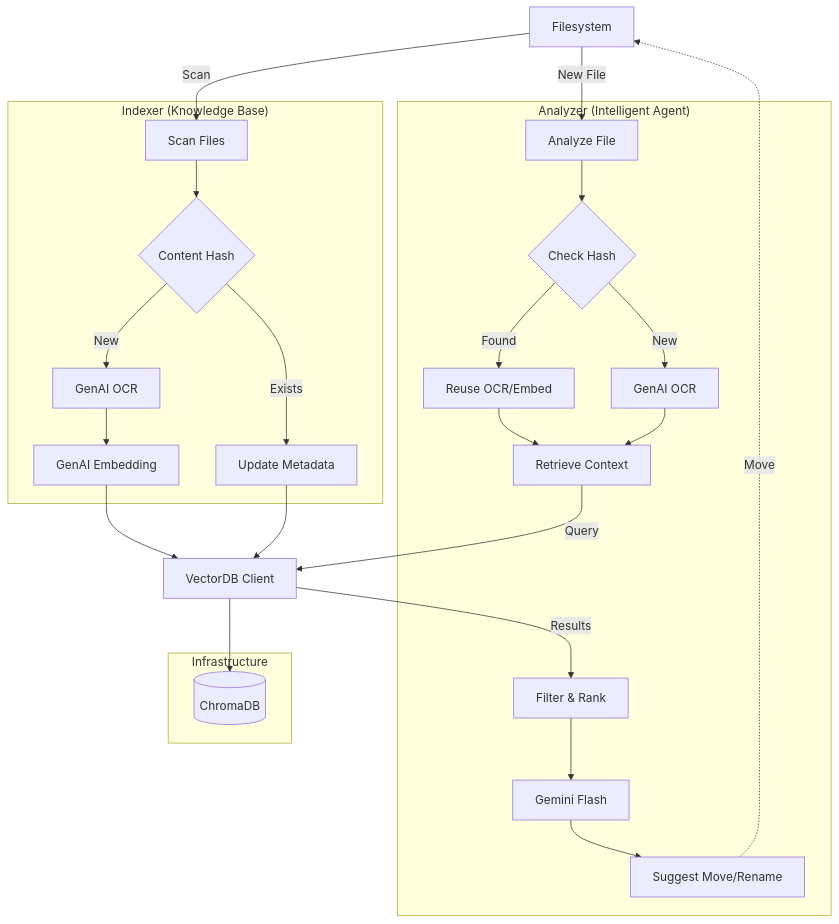
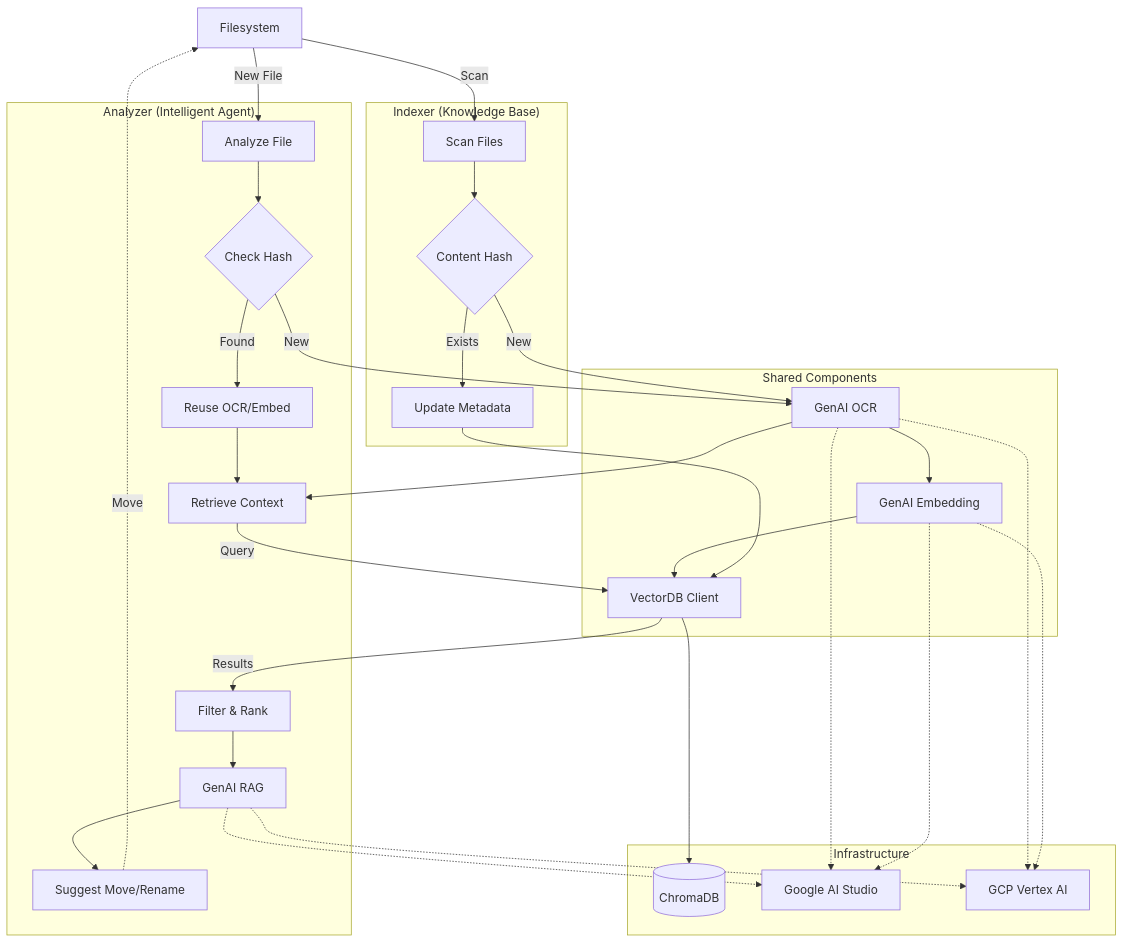
One commit to ucdmkt/pdf-organizer changed the diagram in README.md. Above: the diagram before and after it, drawn with Mermaid.

Commit message:
Docs: Complete architecture diagram with Shared Components subgraph

````diff
--- a/README.md
+++ b/README.md
@@ -71,40 +71,61 @@
 ```mermaid
 graph TD
-    %% Shared Infrastructure
+    %% Filesystem
     FS[Filesystem]
-    V_Client[VectorDB Client]
+
+    subgraph Shared ["Shared Components"]
+        V_Client[VectorDB Client]
+        S_OCR[GenAI OCR]
+        S_Embed[GenAI Embedding]
+    end
+
     subgraph Infrastructure
         I_DB[(ChromaDB)]
+        Infra_AIS[Google AI Studio]
+        Infra_Vertex[GCP Vertex AI]
     end
 
     subgraph Indexer ["Indexer (Knowledge Base)"]
         I_Scan[Scan Files] --> I_Hash{Content Hash}
-        I_Hash -- New --> I_OCR[GenAI OCR]
         I_Hash -- Exists --> I_Meta[Update Metadata]
-        I_OCR --> I_Embed[GenAI Embedding]
     end
 
     subgraph Analyzer ["Analyzer (Intelligent Agent)"]
         A_Input[Analyze File] --> A_Hash{Check Hash}
         A_Hash -- Found --> A_Reuse[Reuse OCR/Embed]
-        A_Hash -- New --> A_OCR[GenAI OCR]
         A_Reuse --> A_Context[Retrieve Context]
-        A_OCR --> A_Context
 
-
-        A_Filter[Filter & Rank] --> A_LLM[Gemini Flash]
+        A_Filter[Filter & Rank] --> A_LLM[GenAI RAG]
         A_LLM --> A_Action[Suggest Move/Rename]
     end
 
     %% Connections
     FS -- Scan --> I_Scan
     FS -- New File --> A_Input
 
-    I_Embed --> V_Client
+    %% Indexer Flow
+    I_Hash -- New --> S_OCR
+    S_OCR --> S_Embed
+    S_Embed --> V_Client
     I_Meta --> V_Client
+
+    %% Analyzer Flow
+    A_Hash -- New --> S_OCR
+    S_OCR --> A_Context
+
+    %% RAG & Logic Flow
+
     A_Context -- Query --> V_Client
     V_Client -- Results --> A_Filter
 
     A_Action -. Move .-> FS
     V_Client --> I_DB
+
+    %% Infrastructure Connections (Direct)
+    S_OCR -.-> Infra_AIS
+    S_OCR -.-> Infra_Vertex
+    S_Embed -.-> Infra_AIS
+    S_Embed -.-> Infra_Vertex
+    A_LLM -.-> Infra_AIS
+    A_LLM -.-> Infra_Vertex
 ```
````
